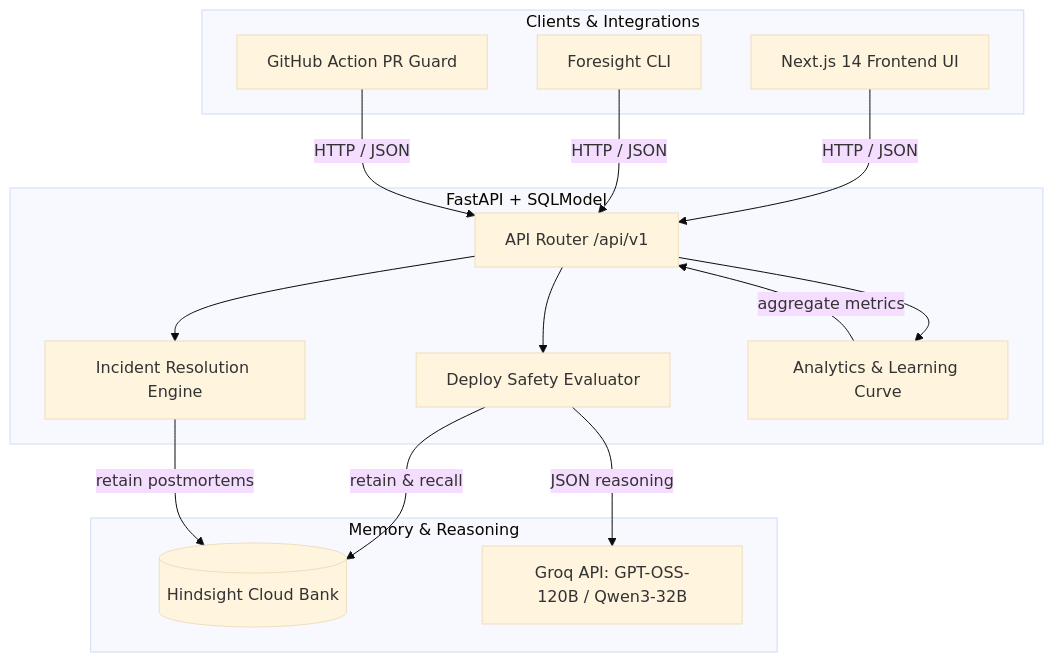
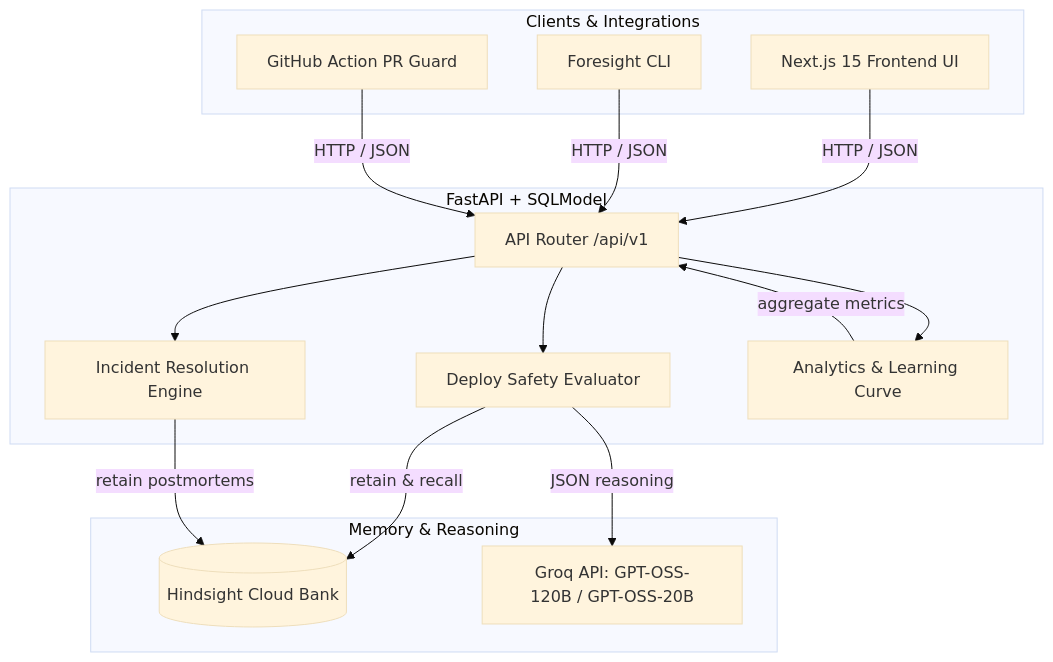
One commit to mpriyankainweb-bot/foresight changed the diagram in README.md. Above: the diagram before and after it, drawn with Mermaid (base theme). The commit also changed other lines of this file and 18 other files, not shown here.

````diff
--- a/README.md
+++ b/README.md
@@ -42,33 +42,33 @@
 ```mermaid
 graph TD
     subgraph Clients & Integrations
-        A[Next.js 14 Frontend UI]
+        A[Next.js 15 Frontend UI]
         B[Foresight CLI]
         C[GitHub Action PR Guard]
     end
 
     subgraph Backend Engine [FastAPI + SQLModel]
         D[API Router /api/v1]
         E[Deploy Safety Evaluator]
         F[Incident Resolution Engine]
         G[Analytics & Learning Curve]
     end
 
     subgraph Memory & Reasoning
         H[(Hindsight Cloud Bank)]
-        I[Groq API: GPT-OSS-120B / Qwen3-32B]
+        I[Groq API: GPT-OSS-120B / GPT-OSS-20B]
     end
 
     A -->|HTTP / JSON| D
     B -->|HTTP / JSON| D
     C -->|HTTP / JSON| D
 
     D --> E
     D --> F
     D --> G
 
     E -->|retain & recall| H
     E -->|JSON reasoning| I
     F -->|retain postmortems| H
     G -->|aggregate metrics| D
 ```
````
